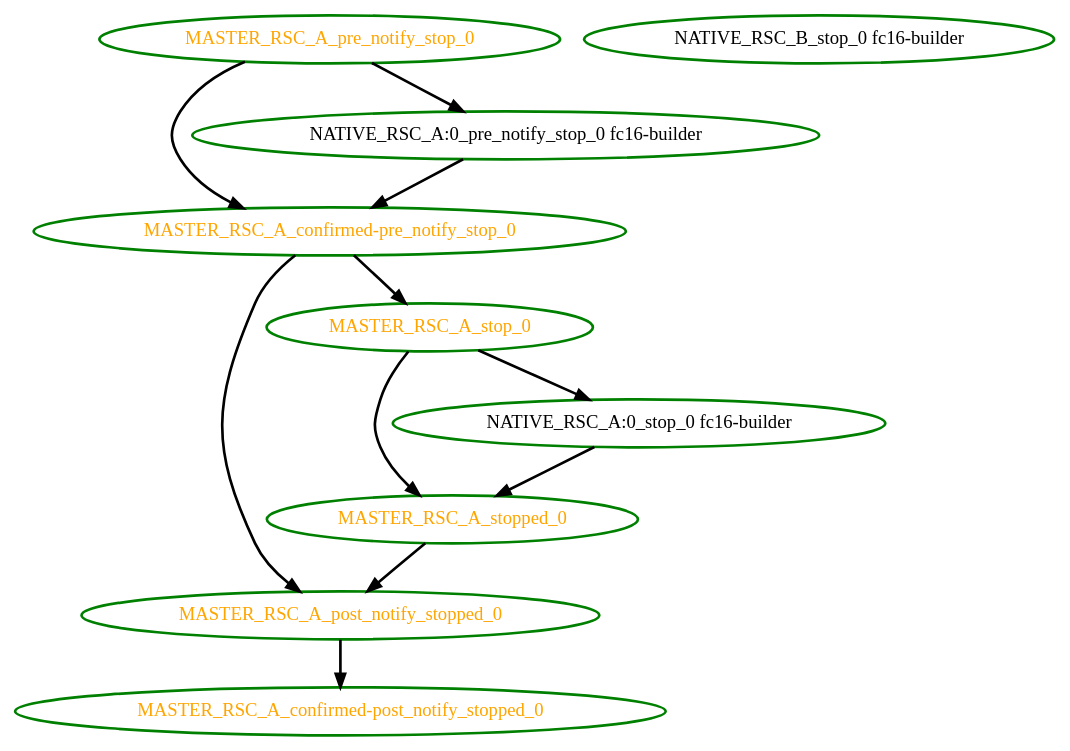
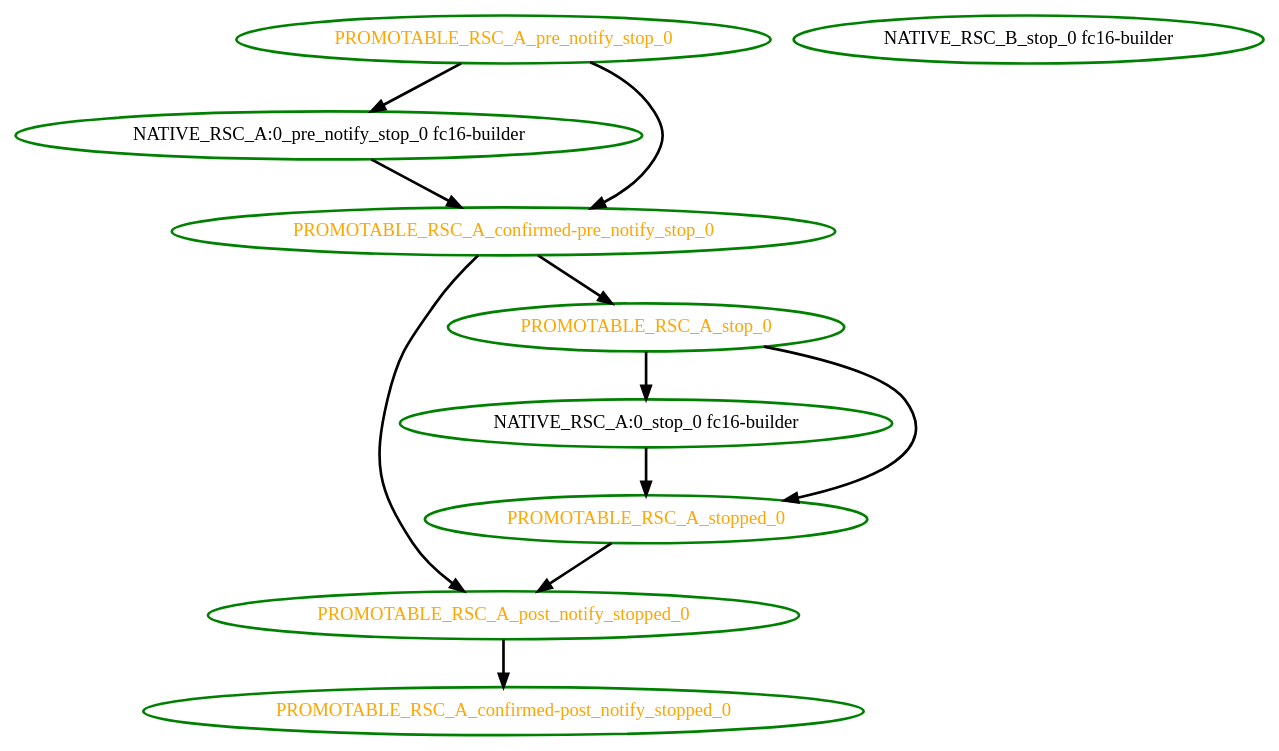
One commit to ClusterLabs/pacemaker changed the diagram in cts/scheduler/dot/colocation_constraint_stops_unpromoted.dot. Above: the diagram before and after it, drawn with Graphviz. The commit also changed 19 other files, not shown here.

```diff
--- a/cts/scheduler/dot/colocation_constraint_stops_unpromoted.dot
+++ b/cts/scheduler/dot/colocation_constraint_stops_unpromoted.dot
@@ -1,21 +1,21 @@
  digraph "g" {
-"MASTER_RSC_A_confirmed-post_notify_stopped_0" [ style=bold color="green" fontcolor="orange"]
-"MASTER_RSC_A_confirmed-pre_notify_stop_0" -> "MASTER_RSC_A_post_notify_stopped_0" [ style = bold]
-"MASTER_RSC_A_confirmed-pre_notify_stop_0" -> "MASTER_RSC_A_stop_0" [ style = bold]
-"MASTER_RSC_A_confirmed-pre_notify_stop_0" [ style=bold color="green" fontcolor="orange"]
-"MASTER_RSC_A_post_notify_stopped_0" -> "MASTER_RSC_A_confirmed-post_notify_stopped_0" [ style = bold]
-"MASTER_RSC_A_post_notify_stopped_0" [ style=bold color="green" fontcolor="orange"]
-"MASTER_RSC_A_pre_notify_stop_0" -> "MASTER_RSC_A_confirmed-pre_notify_stop_0" [ style = bold]
-"MASTER_RSC_A_pre_notify_stop_0" -> "NATIVE_RSC_A:0_pre_notify_stop_0 fc16-builder" [ style = bold]
-"MASTER_RSC_A_pre_notify_stop_0" [ style=bold color="green" fontcolor="orange"]
-"MASTER_RSC_A_stop_0" -> "MASTER_RSC_A_stopped_0" [ style = bold]
-"MASTER_RSC_A_stop_0" -> "NATIVE_RSC_A:0_stop_0 fc16-builder" [ style = bold]
-"MASTER_RSC_A_stop_0" [ style=bold color="green" fontcolor="orange"]
-"MASTER_RSC_A_stopped_0" -> "MASTER_RSC_A_post_notify_stopped_0" [ style = bold]
-"MASTER_RSC_A_stopped_0" [ style=bold color="green" fontcolor="orange"]
-"NATIVE_RSC_A:0_pre_notify_stop_0 fc16-builder" -> "MASTER_RSC_A_confirmed-pre_notify_stop_0" [ style = bold]
+"NATIVE_RSC_A:0_pre_notify_stop_0 fc16-builder" -> "PROMOTABLE_RSC_A_confirmed-pre_notify_stop_0" [ style = bold]
 "NATIVE_RSC_A:0_pre_notify_stop_0 fc16-builder" [ style=bold color="green" fontcolor="black"]
-"NATIVE_RSC_A:0_stop_0 fc16-builder" -> "MASTER_RSC_A_stopped_0" [ style = bold]
+"NATIVE_RSC_A:0_stop_0 fc16-builder" -> "PROMOTABLE_RSC_A_stopped_0" [ style = bold]
 "NATIVE_RSC_A:0_stop_0 fc16-builder" [ style=bold color="green" fontcolor="black"]
 "NATIVE_RSC_B_stop_0 fc16-builder" [ style=bold color="green" fontcolor="black"]
+"PROMOTABLE_RSC_A_confirmed-post_notify_stopped_0" [ style=bold color="green" fontcolor="orange"]
+"PROMOTABLE_RSC_A_confirmed-pre_notify_stop_0" -> "PROMOTABLE_RSC_A_post_notify_stopped_0" [ style = bold]
+"PROMOTABLE_RSC_A_confirmed-pre_notify_stop_0" -> "PROMOTABLE_RSC_A_stop_0" [ style = bold]
+"PROMOTABLE_RSC_A_confirmed-pre_notify_stop_0" [ style=bold color="green" fontcolor="orange"]
+"PROMOTABLE_RSC_A_post_notify_stopped_0" -> "PROMOTABLE_RSC_A_confirmed-post_notify_stopped_0" [ style = bold]
+"PROMOTABLE_RSC_A_post_notify_stopped_0" [ style=bold color="green" fontcolor="orange"]
+"PROMOTABLE_RSC_A_pre_notify_stop_0" -> "NATIVE_RSC_A:0_pre_notify_stop_0 fc16-builder" [ style = bold]
+"PROMOTABLE_RSC_A_pre_notify_stop_0" -> "PROMOTABLE_RSC_A_confirmed-pre_notify_stop_0" [ style = bold]
+"PROMOTABLE_RSC_A_pre_notify_stop_0" [ style=bold color="green" fontcolor="orange"]
+"PROMOTABLE_RSC_A_stop_0" -> "NATIVE_RSC_A:0_stop_0 fc16-builder" [ style = bold]
+"PROMOTABLE_RSC_A_stop_0" -> "PROMOTABLE_RSC_A_stopped_0" [ style = bold]
+"PROMOTABLE_RSC_A_stop_0" [ style=bold color="green" fontcolor="orange"]
+"PROMOTABLE_RSC_A_stopped_0" -> "PROMOTABLE_RSC_A_post_notify_stopped_0" [ style = bold]
+"PROMOTABLE_RSC_A_stopped_0" [ style=bold color="green" fontcolor="orange"]
 }
```
